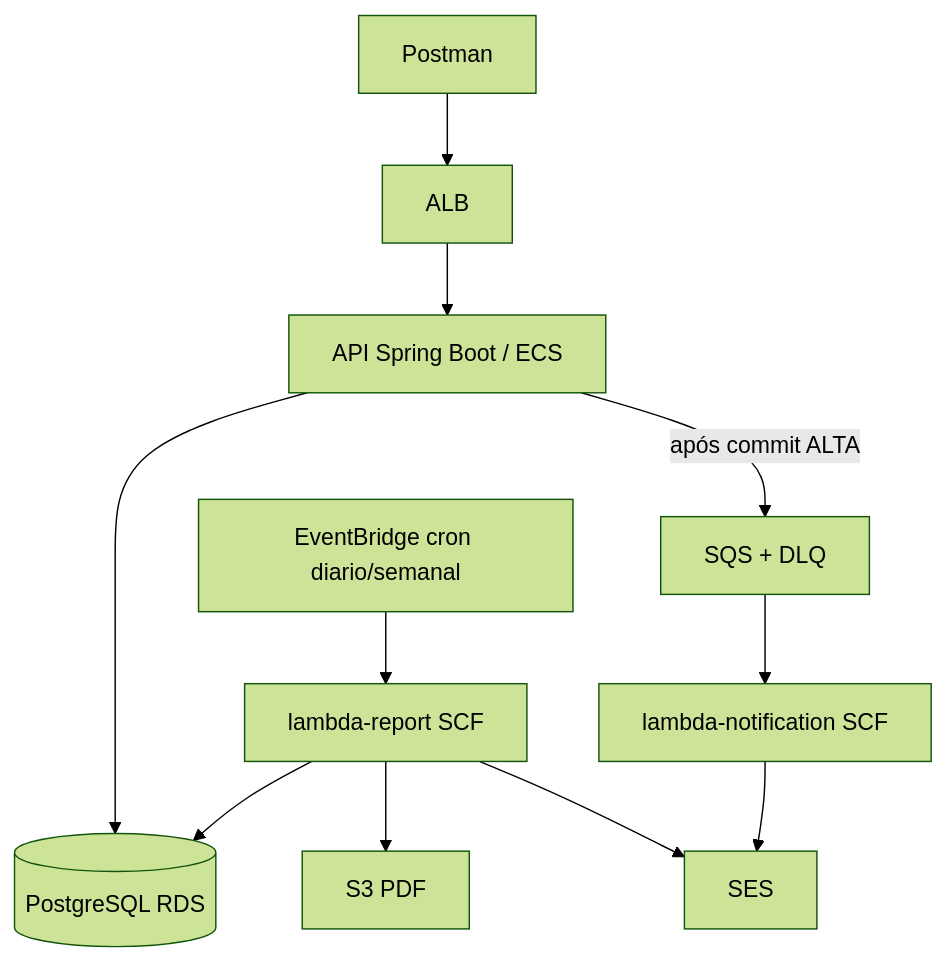
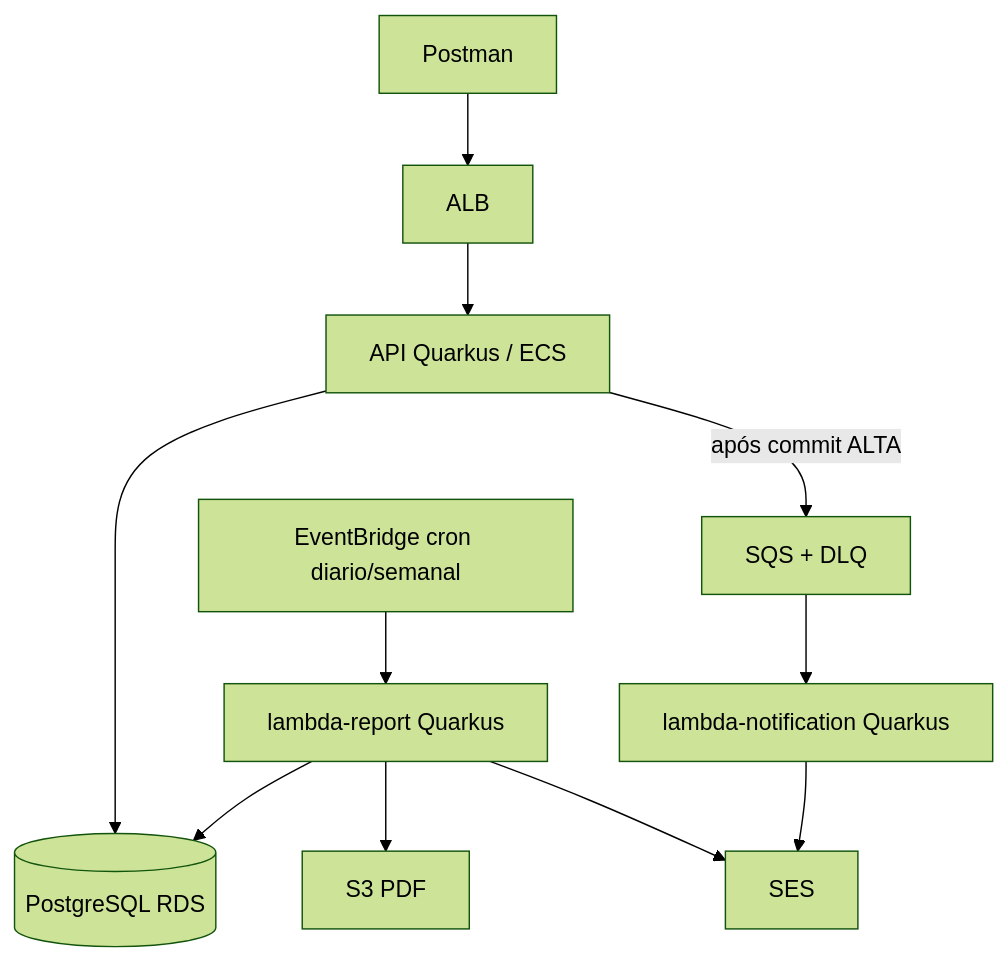
One commit to thiagohaf/adjt-fase4-feedback changed the first of 4 diagrams in _bmad-output/planning-artifacts/architecture/architecture-adjt-fase4-2026-07-20/ARCHITECTURE-SPINE.md. Above: the diagram before and after it, drawn with Mermaid (forest theme). The commit also changed other lines of this file and 6 other files, not shown here.

First line of the commit message:
docs(arch): re-baseline Spring Boot -> Quarkus 3.33 LTS no Architecture Spine e addendums

````diff
--- a/_bmad-output/planning-artifacts/architecture/architecture-adjt-fase4-2026-07-20/ARCHITECTURE-SPINE.md
+++ b/_bmad-output/planning-artifacts/architecture/architecture-adjt-fase4-2026-07-20/ARCHITECTURE-SPINE.md
@@ -34,13 +35,13 @@
 ```mermaid
 flowchart TB
   Client[Postman] --> ALB[ALB]
-  ALB --> API[API Spring Boot / ECS]
+  ALB --> API[API Quarkus / ECS]
   API --> DB[(PostgreSQL RDS)]
   API -->|após commit ALTA| SQS[SQS + DLQ]
-  SQS --> LN[lambda-notification SCF]
+  SQS --> LN[lambda-notification Quarkus]
   LN --> SES[SES]
-  EB[EventBridge cron diario/semanal] --> LR[lambda-report SCF]
+  EB[EventBridge cron diario/semanal] --> LR[lambda-report Quarkus]
   LR --> DB
   LR --> S3[S3 PDF]
   LR --> SES
 ```
````
